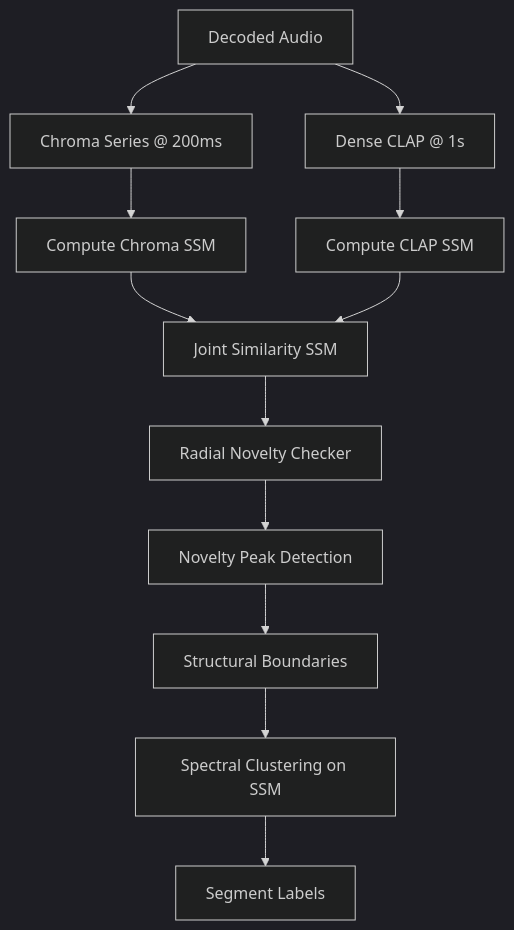
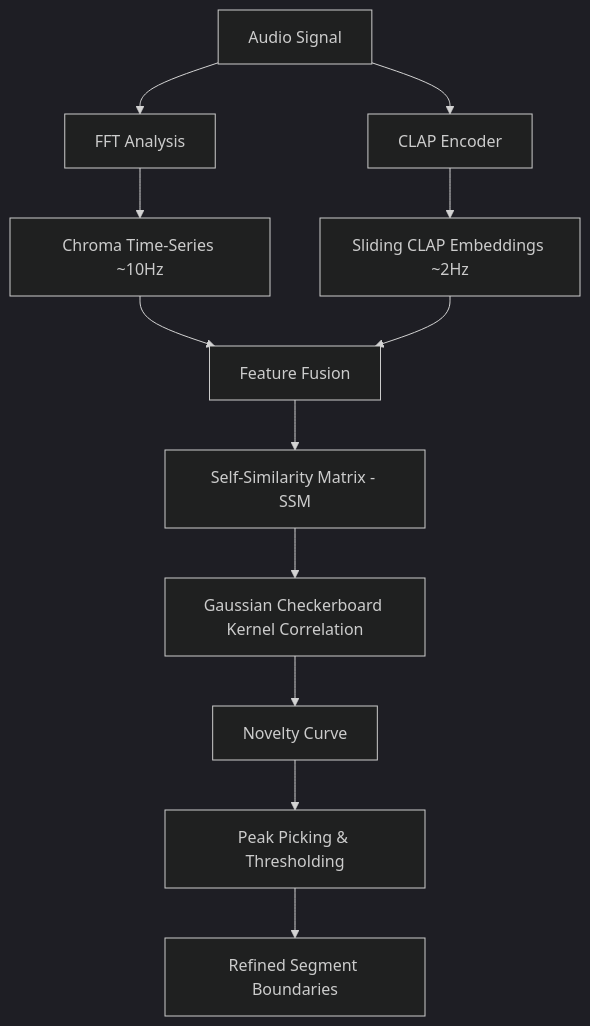
The diagram in doc/collab/sessions/2026-06-07-salami-eval-design/scoping_dense_embeddings_ssm.md (robertolupi/deep-cuts), drawn with Mermaid (dark theme) before and after one commit. The commit also changed other lines of this file, not shown here.

Commit message:
docs(collab): add dense-embedding SSM scoping note

````diff
--- a/doc/collab/sessions/2026-06-07-salami-eval-design/scoping_dense_embeddings_ssm.md
+++ b/doc/collab/sessions/2026-06-07-salami-eval-design/scoping_dense_embeddings_ssm.md
@@ -9,14 +11,14 @@
 ```mermaid
 graph TD
-    A[Decoded Audio] --> B[Chroma Series @ 200ms]
-    A --> C[Dense CLAP @ 1s]
-    B --> D[Compute Chroma SSM]
-    C --> E[Compute CLAP SSM]
-    D --> F[Joint Similarity SSM]
+    A[Audio Signal] --> B[FFT Analysis]
+    A --> C[CLAP Encoder]
+    B --> D[Chroma Time-Series ~10Hz]
+    C --> E[Sliding CLAP Embeddings ~2Hz]
+    D --> F[Feature Fusion]
     E --> F
-    F --> G[Radial Novelty Checker]
-    G --> H[Novelty Peak Detection]
-    H --> I[Structural Boundaries]
-    I --> J[Spectral Clustering on SSM]
-    J --> K[Segment Labels]
+    F --> G[Self-Similarity Matrix - SSM]
+    G --> H[Gaussian Checkerboard Kernel Correlation]
+    H --> I[Novelty Curve]
+    I --> J[Peak Picking & Thresholding]
+    J --> K[Refined Segment Boundaries]
 ```
````
